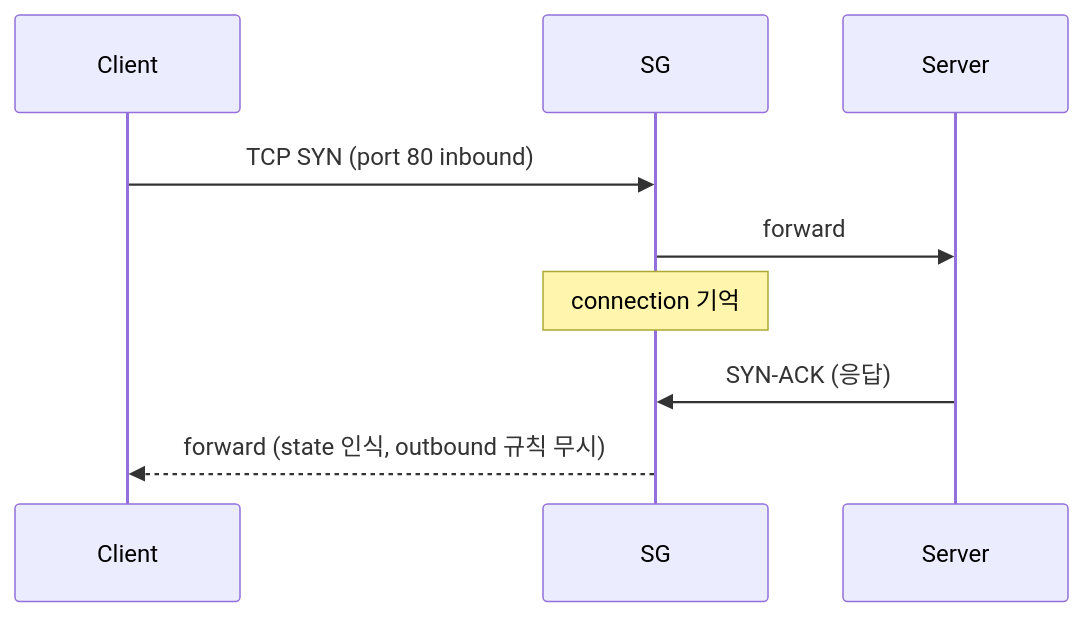
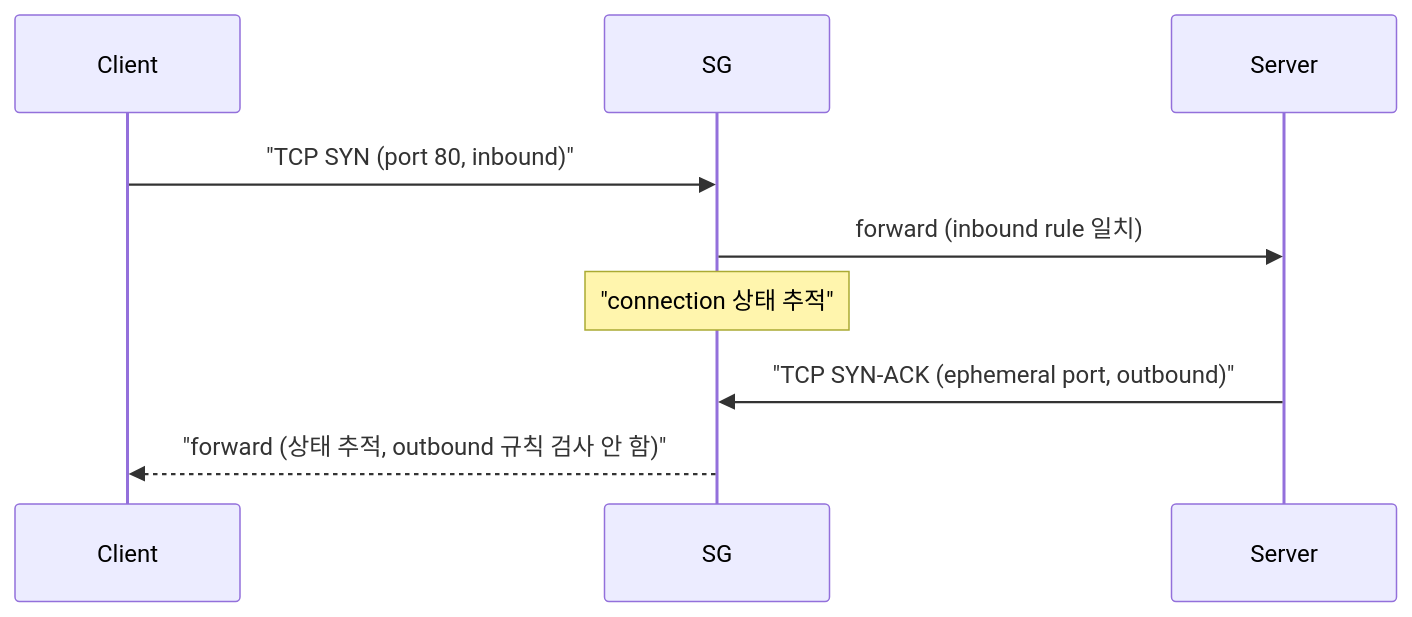
Before and after one commit to shinkeonkim/shinkeonkim.github.io: the first of 4 diagrams in src/content/wiki/cloud/aws-sg-vs-nacl.mdx, drawn with Mermaid. The commit also changed other lines of this file and 526 other files, not shown here.

First line of the commit message:
content(wiki): 전수조사 및 대규모 보강 (짧은 파일 0, mermaid +645)

````diff
--- a/src/content/wiki/cloud/aws-sg-vs-nacl.mdx
+++ b/src/content/wiki/cloud/aws-sg-vs-nacl.mdx
@@ -24,8 +42,8 @@
 ```mermaid
 sequenceDiagram
-    Client->>SG: TCP SYN (port 80 inbound)
-    SG->>Server: forward
-    Note over SG: connection 기억
-    Server->>SG: SYN-ACK (응답)
-    SG-->>Client: forward (state 인식, outbound 규칙 무시)
+    Client->>SG: "TCP SYN (port 80, inbound)"
+    SG->>Server: forward (inbound rule 일치)
+    Note over SG: "connection 상태 추적"
+    Server->>SG: "TCP SYN-ACK (ephemeral port, outbound)"
+    SG-->>Client: "forward (상태 추적, outbound 규칙 검사 안 함)"
 ```
````
